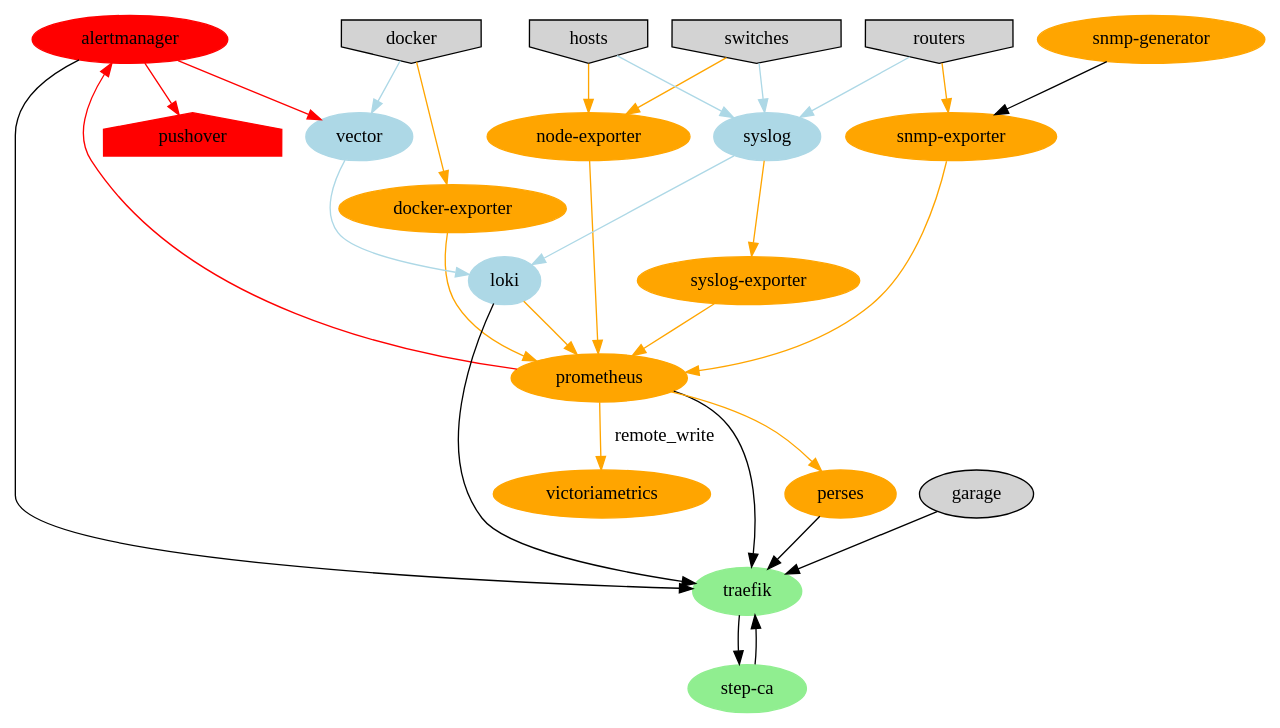
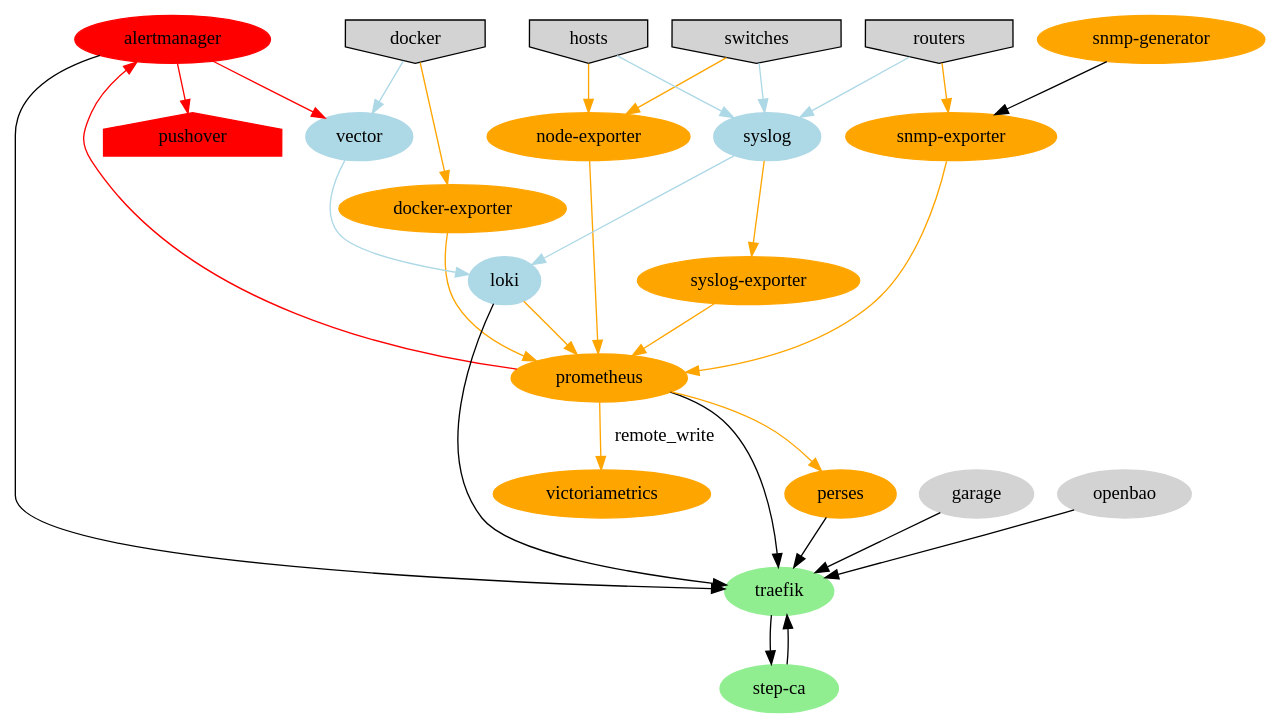
Before and after one commit to larsks/house-infra: the diagram in services/keg/components.dot, drawn with Graphviz. The commit also changed 8 other files, not shown here.

```diff
--- a/services/keg/components.dot
+++ b/services/keg/components.dot
@@ -1,61 +1,64 @@
 digraph {
     node [style="filled"]
 
     # container services
     alertmanager [color="red", fillcolor="red"]
     traefik [color="lightgreen", fillcolor="lightgreen"]
     "step-ca" [color="lightgreen", fillcolor="lightgreen"]
     prometheus [color=orange, fillcolor=orange]
     perses [color=orange, fillcolor=orange]
     "docker-exporter" [color=orange, fillcolor=orange]
     "node-exporter" [color=orange, fillcolor=orange]
     "snmp-exporter" [color=orange, fillcolor=orange]
     "snmp-generator" [color=orange, fillcolor=orange]
     syslog [color=lightblue, fillcolor=lightblue]
     "syslog-exporter" [color=orange, fillcolor=orange]
     vector [color=lightblue, fillcolor=lightblue]
     loki [color=lightblue, fillcolor=lightblue]
     victoriametrics [color=orange]
+    garage [color=lightgrey, fillcolor=lightgrey]
+    openbao [color=lightgrey, fillcolor=lightgrey]
 
     # external services
     pushover [shape=house, color=red, fillcolor=red]
     docker [shape=invhouse]
     switches [shape=invhouse]
     routers [shape=invhouse]
     hosts [shape=invhouse]
 
     traefik -> "step-ca"
     "step-ca" -> traefik
     alertmanager -> traefik
     garage -> traefik
+    openbao -> traefik
     perses -> traefik
     prometheus -> traefik
     loki -> traefik
 
     syslog -> loki [color=lightblue]
     vector -> loki [color=lightblue]
     docker -> vector [color=lightblue]
     syslog -> "syslog-exporter" [color=orange]
 
     alertmanager -> vector [color=red]
     prometheus -> alertmanager [color=red]
     prometheus -> perses [color=orange]
     alertmanager -> pushover [color=red]
 
     switches -> "node-exporter" [color=orange]
     hosts -> "node-exporter" [color=orange]
     hosts -> syslog [color=lightblue]
     switches -> syslog [color=lightblue]
     routers -> syslog [color=lightblue]
     routers -> "snmp-exporter" [color=orange]
 
     docker -> "docker-exporter" [color=orange]
     "docker-exporter" -> prometheus [color=orange]
     "node-exporter" -> prometheus [color=orange]
     "snmp-exporter" -> prometheus [color=orange]
     "snmp-generator" -> "snmp-exporter"
     "syslog-exporter" -> prometheus [color=orange]
     loki -> prometheus [color=orange]
 
     prometheus -> victoriametrics [color=orange label=remote_write]
   }
```
